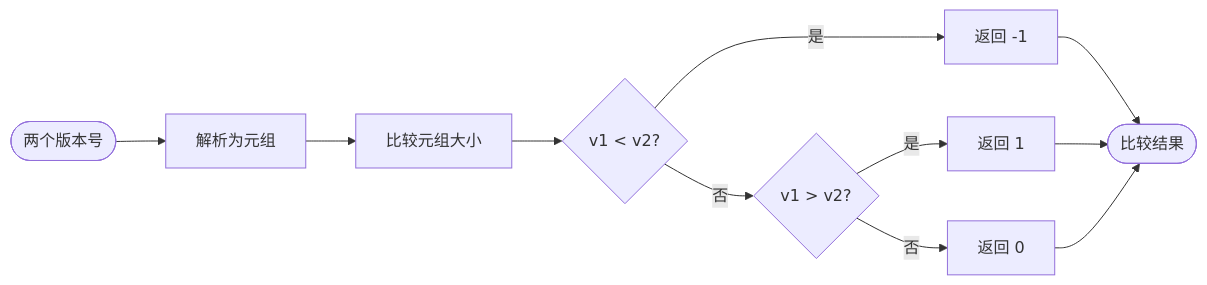
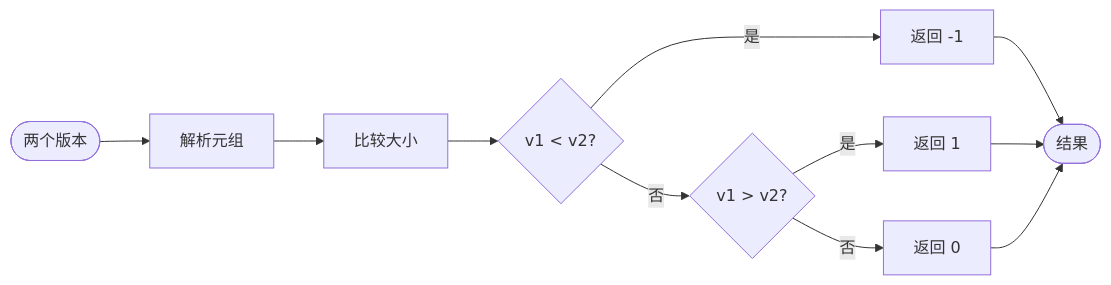
One commit to weihang1258/dpiAutoExcel changed diagram 41 of 42 in 逻辑流程文档.md. Above: the diagram before and after it, drawn with Mermaid. The commit also changed other lines of this file and 1 other file, not shown here.

First line of the commit message:
docs: 进一步优化流程图，统一字体大小和布局

````diff
--- a/逻辑流程文档.md
+++ b/逻辑流程文档.md
@@ -1178,16 +1134,13 @@
 ```mermaid
 graph LR
-    Start([两个版本号]) --> A[解析为元组]
-    A --> B[比较元组大小]
-    
+    Start([两个版本]) --> A[解析元组]
+    A --> B[比较大小]
     B --> C{v1 < v2?}
     C -->|是| D[返回 -1]
     C -->|否| E{v1 > v2?}
-    
     E -->|是| F[返回 1]
     E -->|否| G[返回 0]
-    
-    D --> End([比较结果])
+    D --> End([结果])
     F --> End
     G --> End
 ```
````
